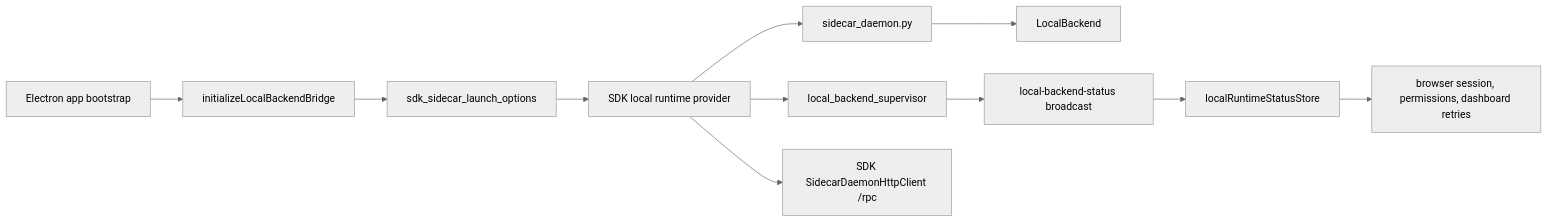
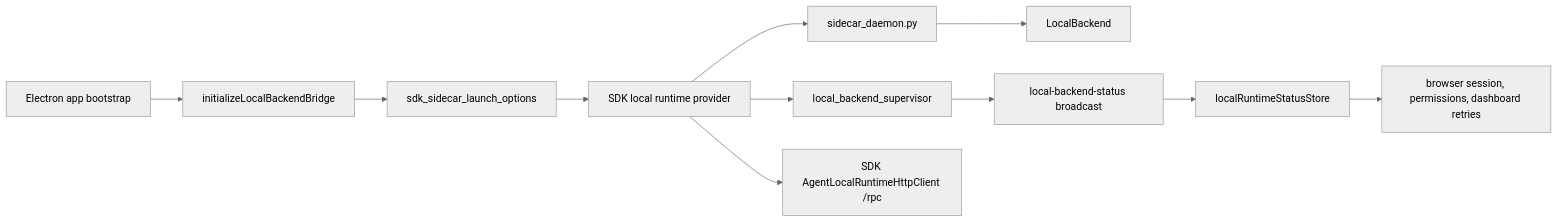
The diagram in docs/frontend/main/local_backend/process_lifecycle_change_workflow.md (buiilding/My_Own_OpenClaw), drawn with Mermaid (neutral theme) before and after one commit. The commit also changed 9 other files, not shown here.

First line of the commit message:
refactor(sdk-python): prefer local runtime http client

````diff
--- a/docs/frontend/main/local_backend/process_lifecycle_change_workflow.md
+++ b/docs/frontend/main/local_backend/process_lifecycle_change_workflow.md
@@ -18,13 +18,13 @@
 ```mermaid
 flowchart LR
   AppBootstrap["Electron app bootstrap"] --> BridgeInit["initializeLocalBackendBridge"]
   BridgeInit --> LaunchOptions["sdk_sidecar_launch_options"]
   LaunchOptions --> SDKProvider["SDK local runtime provider"]
   SDKProvider --> Daemon["sidecar_daemon.py"]
   Daemon --> LocalBackend["LocalBackend"]
   SDKProvider --> Supervisor["local_backend_supervisor"]
   Supervisor --> Status["local-backend-status broadcast"]
   Status --> RendererStore["localRuntimeStatusStore"]
   RendererStore --> Consumers["browser session, permissions, dashboard retries"]
-  SDKProvider --> Rpc["SDK SidecarDaemonHttpClient /rpc"]
+  SDKProvider --> Rpc["SDK AgentLocalRuntimeHttpClient /rpc"]
 ```
````
